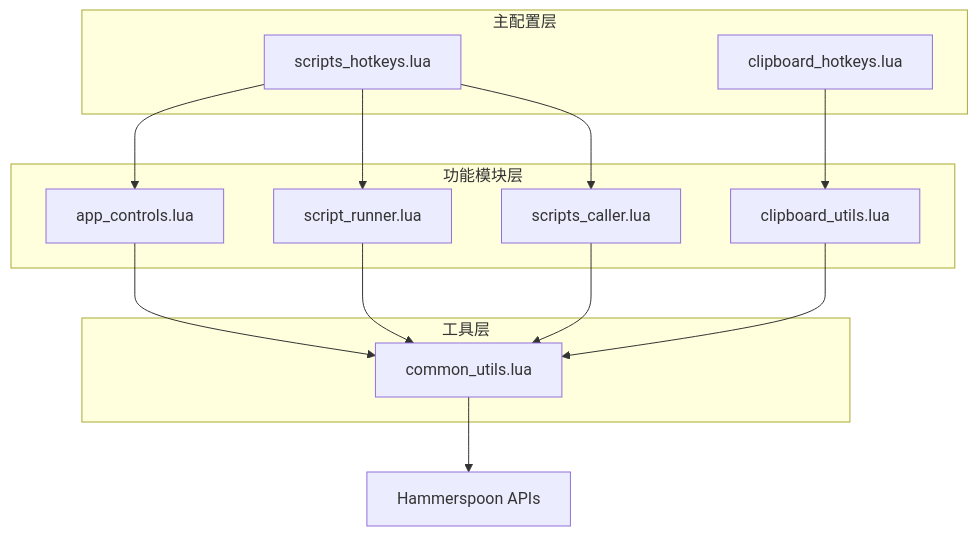
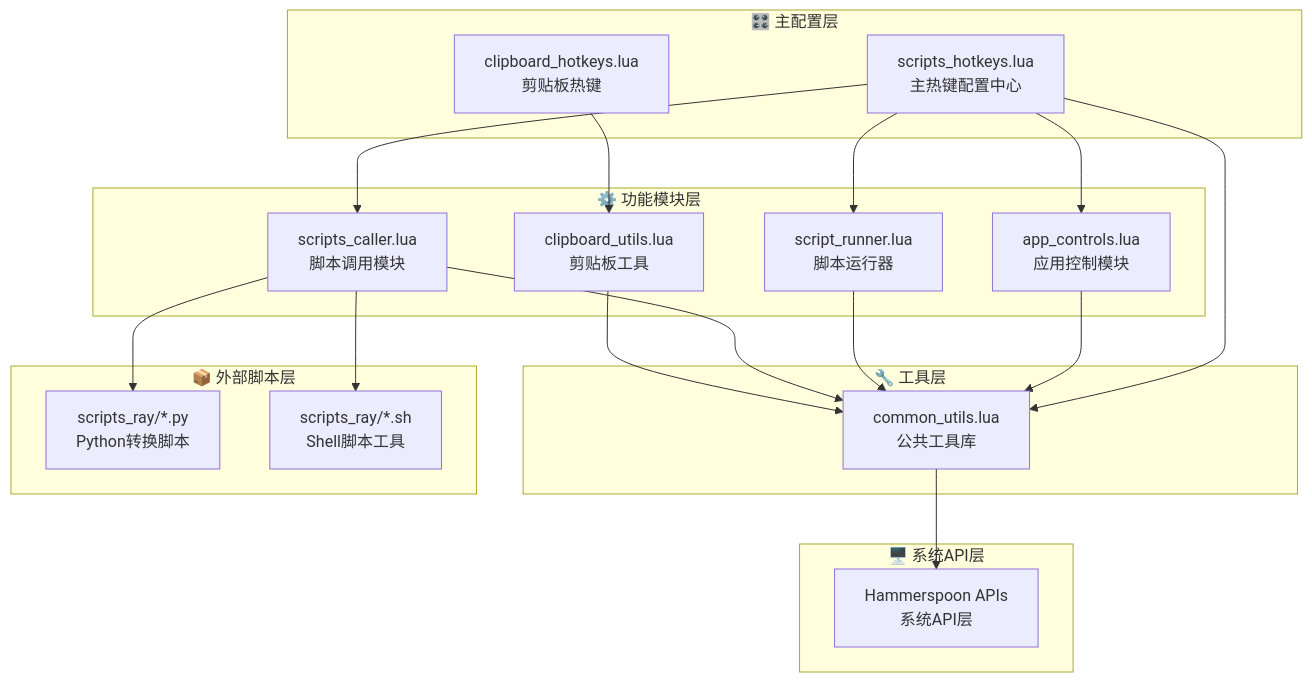
One commit to zengtianli/hammerspoon changed the diagram in lua1/README.md. Above: the diagram before and after it, drawn with Mermaid. The commit also changed other lines of this file and 5 other files, not shown here.

````diff
--- a/lua1/README.md
+++ b/lua1/README.md
@@ -9,30 +11,44 @@
 ```mermaid
 graph TB
-    A[scripts_hotkeys.lua] --> B[app_controls.lua]
-    A --> C[script_runner.lua]
-    A --> D[scripts_caller.lua]
-    E[clipboard_hotkeys.lua] --> F[clipboard_utils.lua]
+    A[scripts_hotkeys.lua<br/>主热键配置中心] --> B[app_controls.lua<br/>应用控制模块]
+    A --> C[script_runner.lua<br/>脚本运行器]
+    A --> D[scripts_caller.lua<br/>脚本调用模块]
+    A --> G[common_utils.lua<br/>公共工具库]
     
-    B --> G[common_utils.lua]
+    E[clipboard_hotkeys.lua<br/>剪贴板热键] --> F[clipboard_utils.lua<br/>剪贴板工具]
+    
+    B --> G
     C --> G
     D --> G
     F --> G
     
-    G --> H[Hammerspoon APIs]
+    D --> H[scripts_ray/*.py<br/>Python转换脚本]
+    D --> I[scripts_ray/*.sh<br/>Shell脚本工具]
     
-    subgraph "主配置层"
+    G --> J[Hammerspoon APIs<br/>系统API层]
+    
+    subgraph "🎛️ 主配置层"
         A
         E
     end
     
-    subgraph "功能模块层"
+    subgraph "⚙️ 功能模块层"
         B
         C
         D
         F
     end
     
-    subgraph "工具层"
+    subgraph "🔧 工具层"
         G
     end
+    
+    subgraph "📦 外部脚本层"
+        H
+        I
+    end
+    
+    subgraph "🖥️ 系统API层"
+        J
+    end
 ```
````
